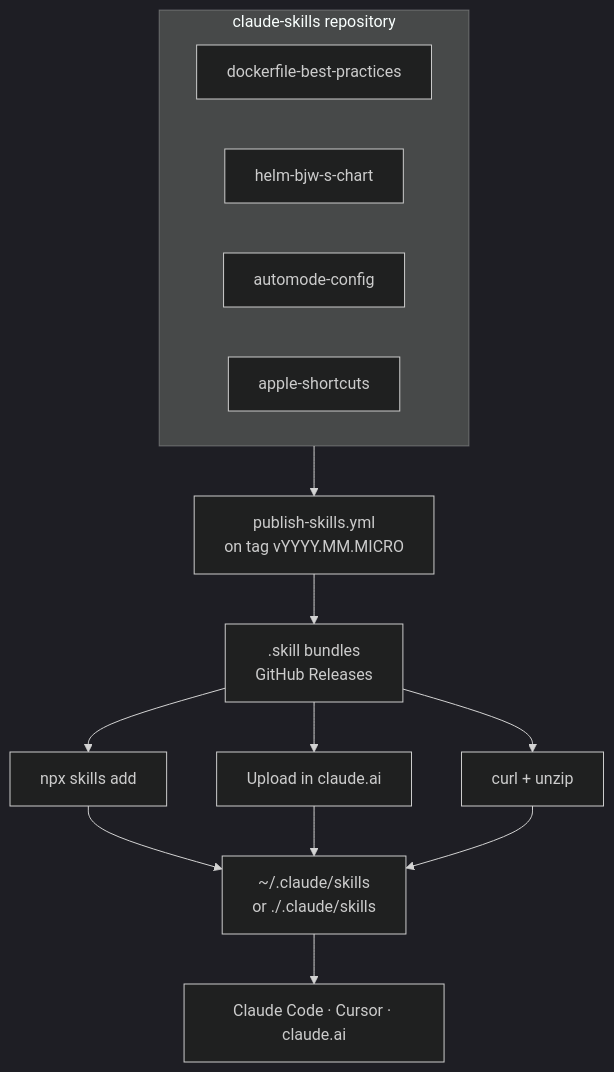
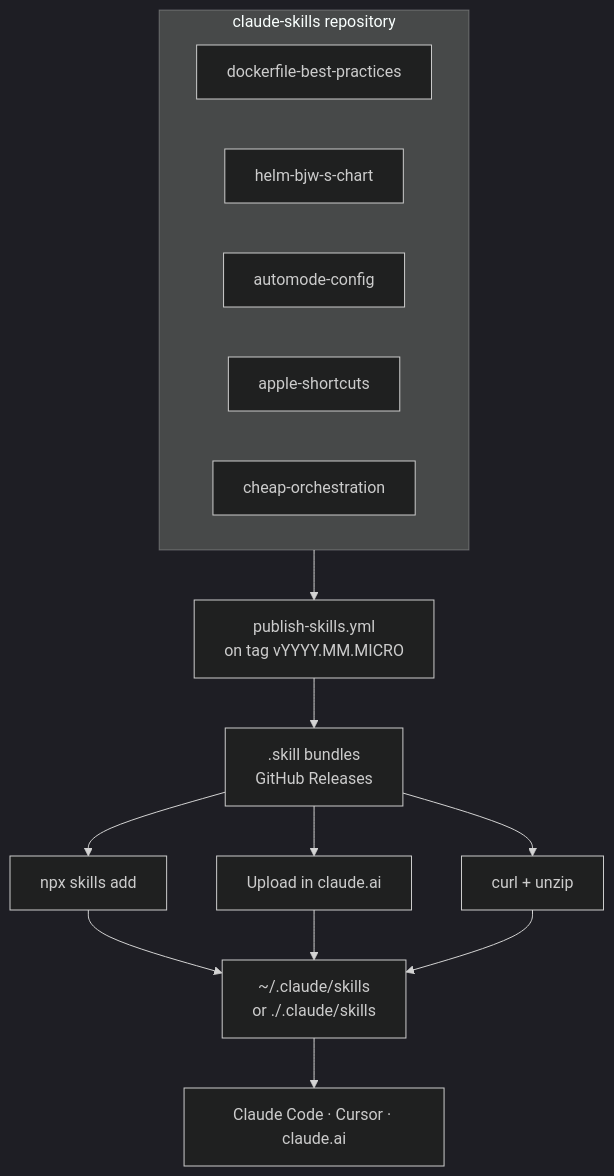
Before and after one commit to obeone/claude-skills: the diagram in README.md, drawn with Mermaid (dark theme). The commit also changed other lines of this file and 4 other files, not shown here.

First line of the commit message:
feat(cheap-orchestration): add skill for cost-aware subagent delegation

````diff
--- a/README.md
+++ b/README.md
@@ -288,22 +297,23 @@
 ```mermaid
 flowchart TB
     subgraph repo["claude-skills repository"]
         S1[dockerfile-best-practices]
         S2[helm-bjw-s-chart]
         S3[automode-config]
         S4[apple-shortcuts]
+        S5[cheap-orchestration]
     end
 
     repo --> CI["publish-skills.yml<br/>on tag vYYYY.MM.MICRO"]
     CI --> REL[".skill bundles<br/>GitHub Releases"]
 
     REL --> CLI["npx skills add"]
     REL --> WEB["Upload in claude.ai"]
     REL --> MAN["curl + unzip"]
 
     CLI --> DIR["~/.claude/skills<br/>or ./.claude/skills"]
     WEB --> DIR
     MAN --> DIR
 
     DIR --> AGENT["Claude Code · Cursor · claude.ai"]
 ```
````
